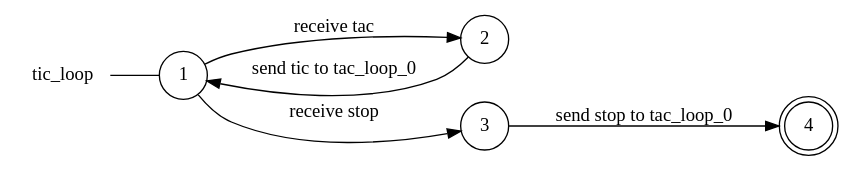
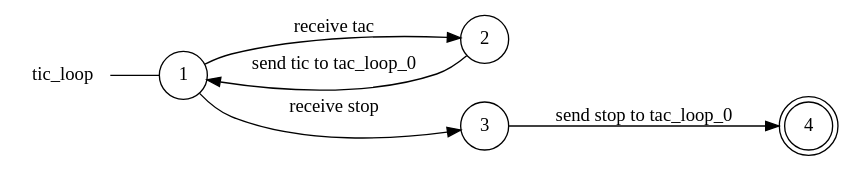
The diagram in examples/ticktack/tic_loop_local_view.dot (gabrielegenovese/chorer), drawn with Graphviz before and after one commit. The commit also changed other lines of this file and 8 other files, not shown here.

```diff
--- a/examples/ticktack/tic_loop_local_view.dot
+++ b/examples/ticktack/tic_loop_local_view.dot
@@ -1,14 +1,14 @@
 digraph tic_loop {
 	rankdir="LR";
 	n_0 [label="tic_loop", shape="plaintext"];
 	n_1 [id="1", shape=circle, label="1"];
 	n_0 -> n_1 [arrowhead=none];
 	n_2 [id="2", shape=circle, label="2"];
 	n_3 [id="4", shape=circle, label="3"];
 	n_4 [id="3", shape=doublecircle, label="4"];
 
+	n_3 -> n_4 [id="[$e|3]", label="send stop to tac_loop_0"];
+	n_2 -> n_1 [id="[$e|6]", label="send tic to tac_loop_0"];
 	n_1 -> n_2 [id="[$e|1]", label="receive tac"];
-	n_2 -> n_1 [id="[$e|6]", label="send tic to tac_loop_0"];
-	n_3 -> n_4 [id="[$e|3]", label="send stop to tac_loop_0"];
 	n_1 -> n_3 [id="[$e|4]", label="receive stop"];
 }
```
